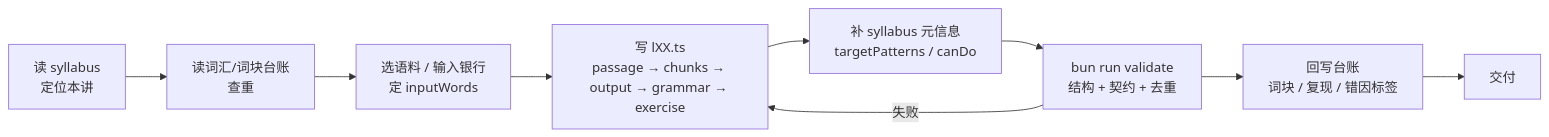
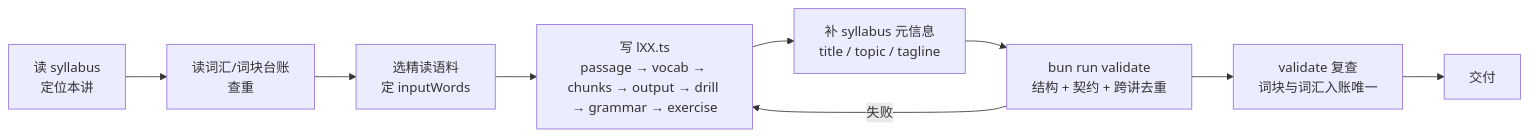
Before and after one commit to belos-street/kb-vault: the third of 3 diagrams in src/english/general/refactor-plan.md, drawn with Mermaid. The commit also changed other lines of this file and 2 other files, not shown here.

````diff
--- a/src/english/general/refactor-plan.md
+++ b/src/english/general/refactor-plan.md
@@ -503,11 +515,11 @@
 ```mermaid
 flowchart LR
     A["读 syllabus<br/>定位本讲"] --> B["读词汇/词块台账<br/>查重"]
-    B --> C["选语料 / 输入银行<br/>定 inputWords"]
-    C --> D["写 lXX.ts<br/>passage → chunks → output → grammar → exercise"]
-    D --> E["补 syllabus 元信息<br/>targetPatterns / canDo"]
-    E --> F["bun run validate<br/>结构 + 契约 + 去重"]
+    B --> C["选精读语料<br/>定 inputWords"]
+    C --> D["写 lXX.ts<br/>passage → vocab → chunks → output → drill → grammar → exercise"]
+    D --> E["补 syllabus 元信息<br/>title / topic / tagline"]
+    E --> F["bun run validate<br/>结构 + 契约 + 跨讲去重"]
     F -->|失败| D
-    F --> G["回写台账<br/>词块 / 复现 / 错因标签"]
+    F --> G["validate 复查<br/>词块与词汇入账唯一"]
     G --> H["交付"]
 ```
````
